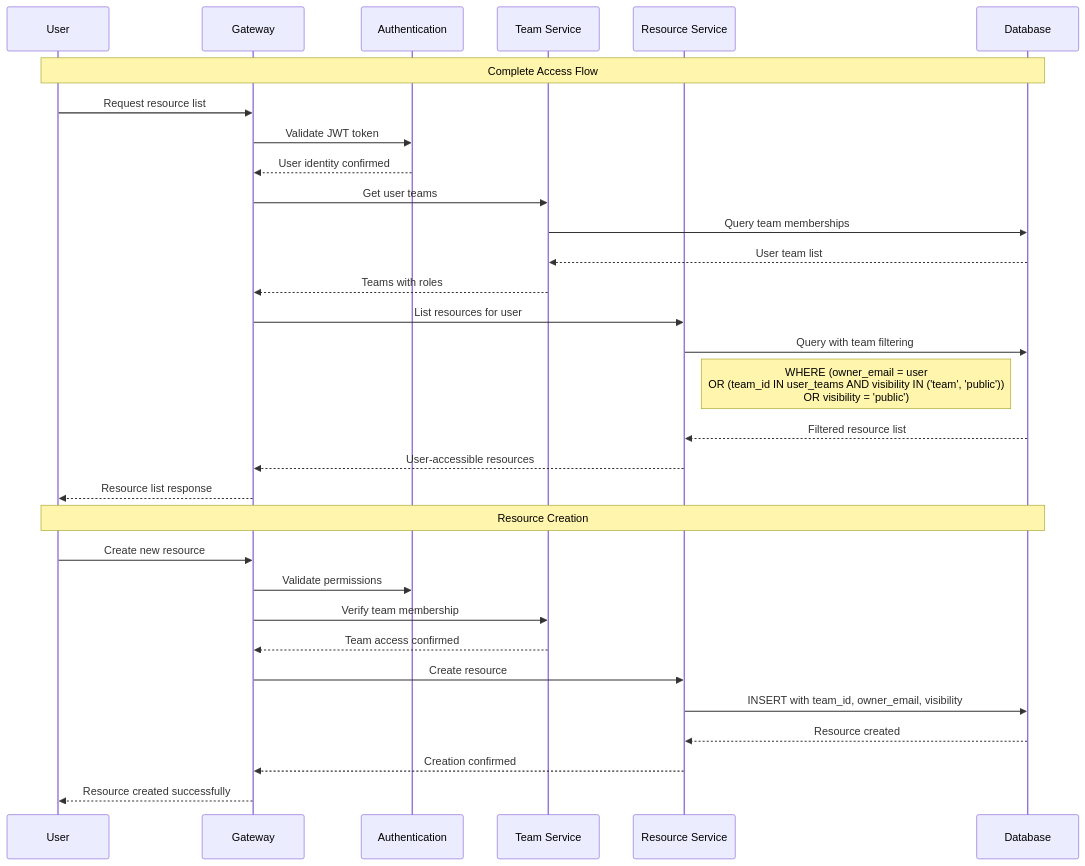
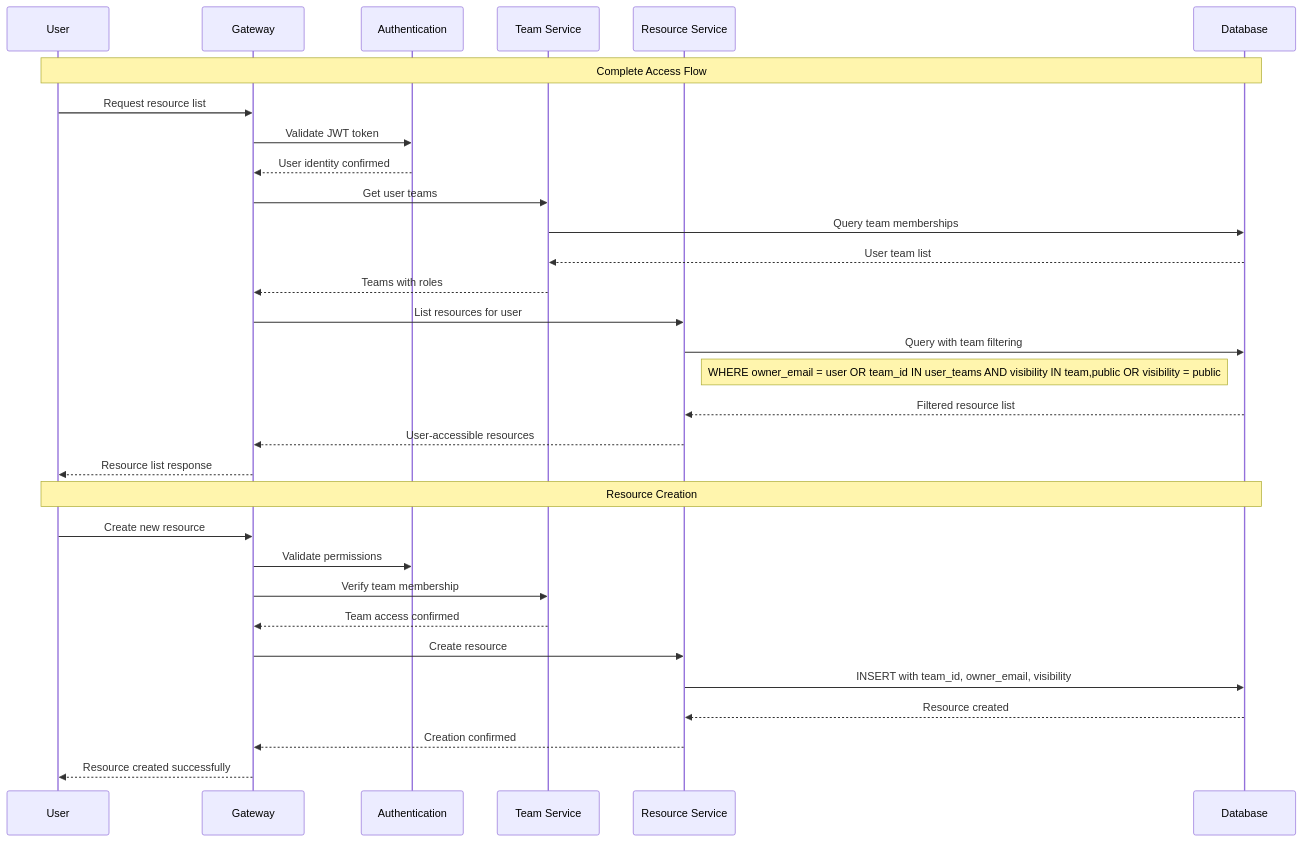
Before and after one commit to IBM/mcp-context-forge: diagram 11 of 16 in docs/docs/architecture/multitenancy.md, drawn with Mermaid. The commit also changed other lines of this file and 1 other file, not shown here.

````diff
--- a/docs/docs/architecture/multitenancy.md
+++ b/docs/docs/architecture/multitenancy.md
@@ -595,39 +635,39 @@
 ```mermaid
 sequenceDiagram
     participant U as User
     participant G as Gateway
     participant Auth as Authentication
     participant Team as Team Service
     participant Res as Resource Service
     participant DB as Database
 
     Note over U,DB: Complete Access Flow
     U->>G: Request resource list
     G->>Auth: Validate JWT token
     Auth-->>G: User identity confirmed
 
     G->>Team: Get user teams
     Team->>DB: Query team memberships
     DB-->>Team: User team list
     Team-->>G: Teams with roles
 
     G->>Res: List resources for user
     Res->>DB: Query with team filtering
-    Note right of Res: WHERE (owner_email = user<br/>OR (team_id IN user_teams AND visibility IN ('team', 'public'))<br/>OR visibility = 'public')
+    Note right of Res: WHERE owner_email = user OR team_id IN user_teams AND visibility IN team,public OR visibility = public
 
     DB-->>Res: Filtered resource list
     Res-->>G: User-accessible resources
     G-->>U: Resource list response
 
     Note over U,DB: Resource Creation
     U->>G: Create new resource
     G->>Auth: Validate permissions
     G->>Team: Verify team membership
     Team-->>G: Team access confirmed
 
     G->>Res: Create resource
     Res->>DB: INSERT with team_id, owner_email, visibility
     DB-->>Res: Resource created
     Res-->>G: Creation confirmed
     G-->>U: Resource created successfully
 ```
````
